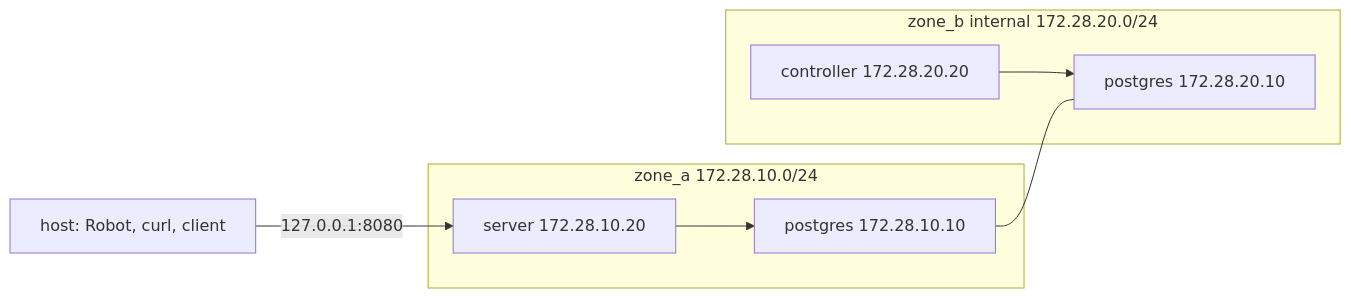
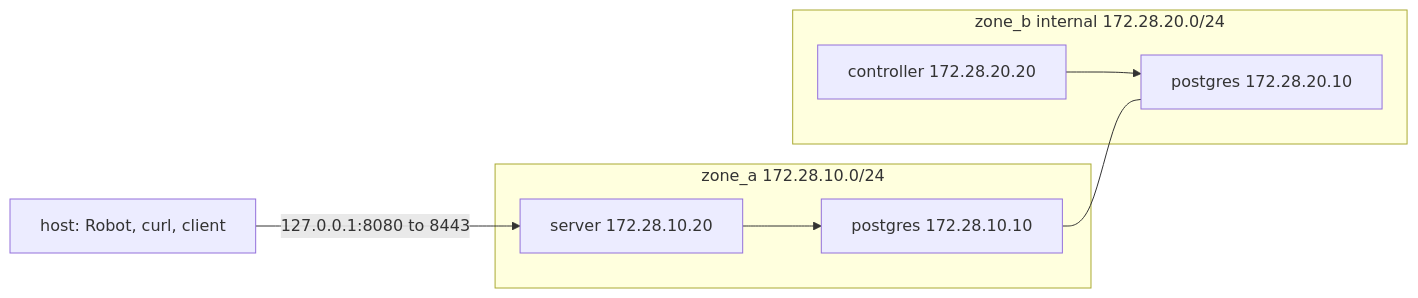
Before and after one commit to jgmatu/postgresql: the diagram in tests/e2e/README.md, drawn with Mermaid. The commit also changed other lines of this file and 12 other files, not shown here.

````diff
--- a/tests/e2e/README.md
+++ b/tests/e2e/README.md
@@ -53,16 +53,16 @@
 ```mermaid
 flowchart LR
     host["host: Robot, curl, client"]
     subgraph zoneA ["zone_a 172.28.10.0/24"]
         server["server 172.28.10.20"]
         pgA["postgres 172.28.10.10"]
     end
     subgraph zoneB ["zone_b internal 172.28.20.0/24"]
         controller["controller 172.28.20.20"]
         pgB["postgres 172.28.20.10"]
     end
-    host -->|"127.0.0.1:8080"| server
+    host -->|"127.0.0.1:8080 to 8443"| server
     server --> pgA
     controller --> pgB
     pgA --- pgB
 ```
````
